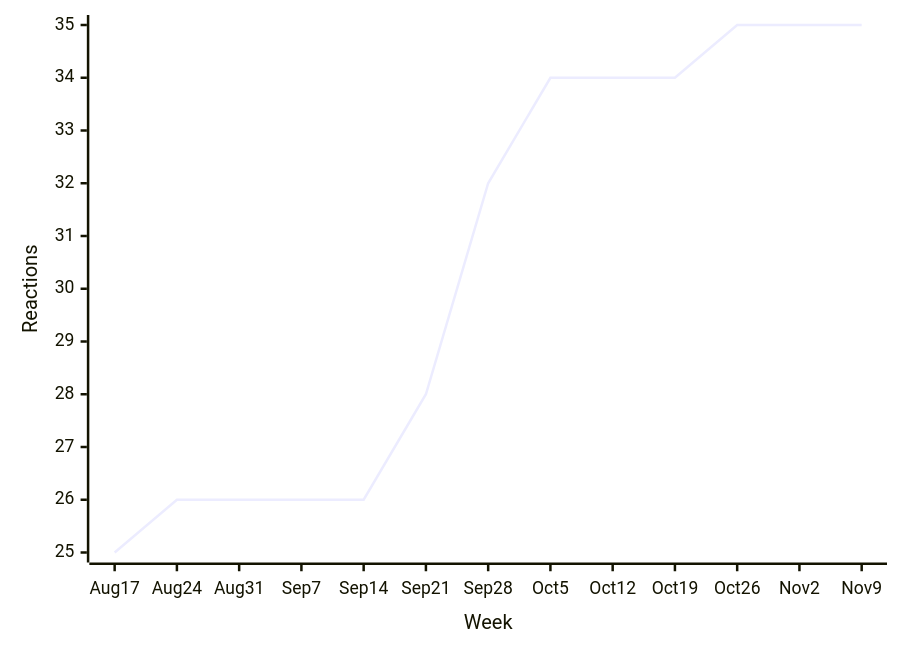
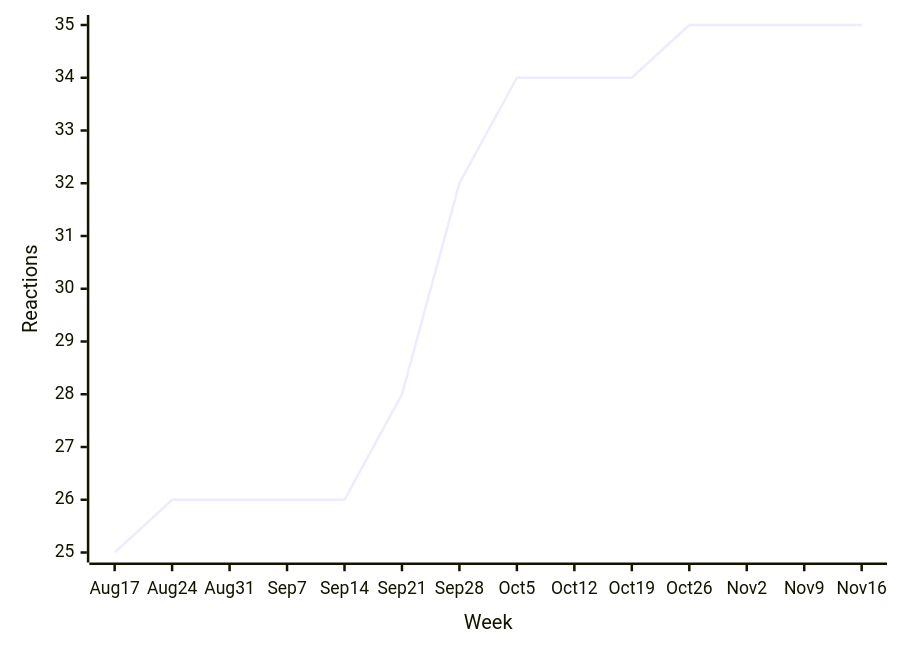
Before and after one commit to loic-sharma/github-insights: diagram 12 of 38 in README.md, drawn with Mermaid. The commit also changed other lines of this file and 3 other files, not shown here.

````diff
--- a/README.md
+++ b/README.md
@@ -511,6 +511,6 @@
   ```mermaid
   xychart-beta
-    x-axis "Week" [Aug 17, Aug 24, Aug 31, Sep 7, Sep 14, Sep 21, Sep 28, Oct 5, Oct 12, Oct 19, Oct 26, Nov 2, Nov 9]
+    x-axis "Week" [Aug 17, Aug 24, Aug 31, Sep 7, Sep 14, Sep 21, Sep 28, Oct 5, Oct 12, Oct 19, Oct 26, Nov 2, Nov 9, Nov 16]
     y-axis "Reactions"
-    line [25, 26, 26, 26, 26, 28, 32, 34, 34, 34, 35, 35, 35]
+    line [25, 26, 26, 26, 26, 28, 32, 34, 34, 34, 35, 35, 35, 35]
   ```
````
